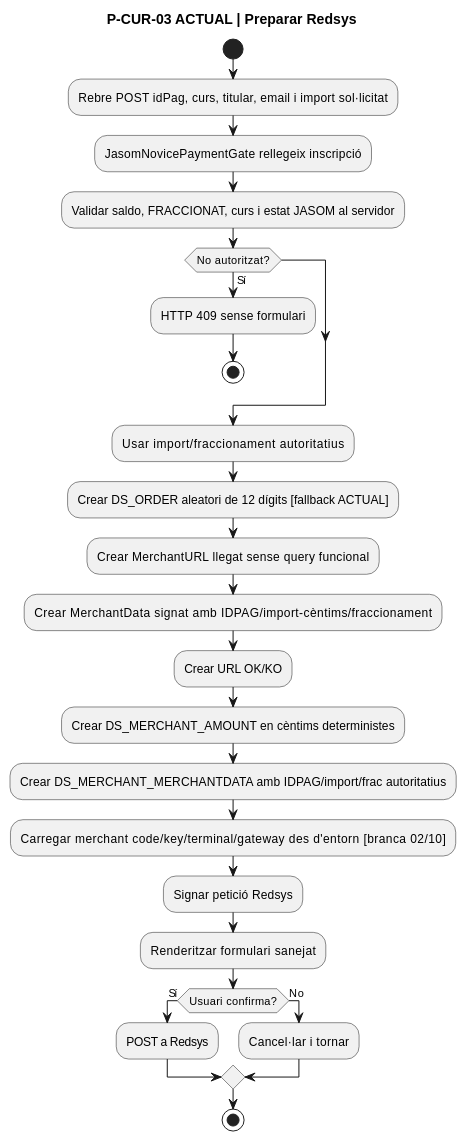
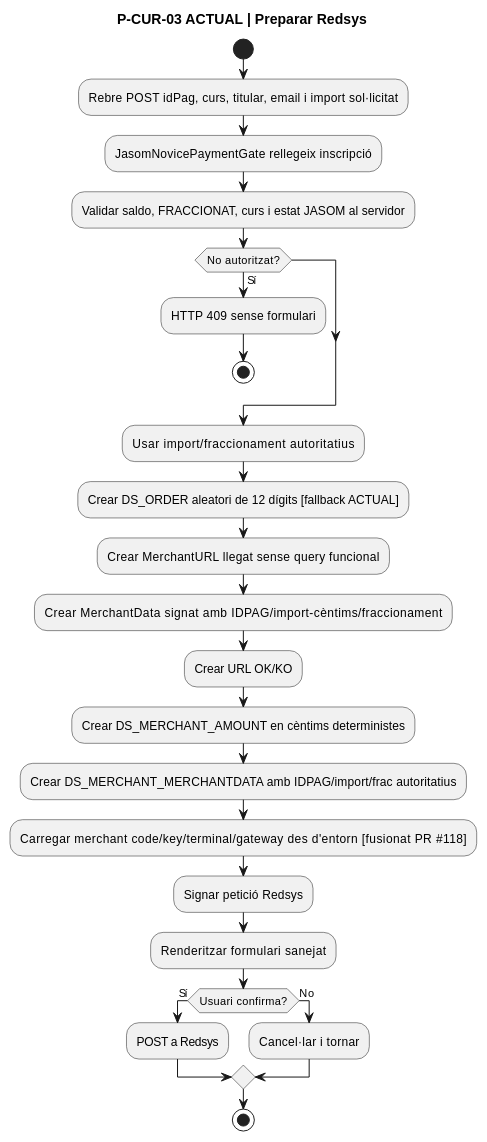
Before and after one commit to orgmeriemprismacat-del/verifactu: the fifth of 15 diagrams in documentacio/07-uml-integrat/uc-014-activitats-pagines-redsys-actual-final.md, drawn with PlantUML. The commit also changed other lines of this file, not shown here.

Commit message:
docs(UC-014): reconciliar estat fusionat i CI post-merge

````diff
--- a/documentacio/07-uml-integrat/uc-014-activitats-pagines-redsys-actual-final.md
+++ b/documentacio/07-uml-integrat/uc-014-activitats-pagines-redsys-actual-final.md
@@ -125,29 +125,29 @@
 ```plantuml
 @startuml
 title P-CUR-03 ACTUAL | Preparar Redsys
 start
 :Rebre POST idPag, curs, titular, email i import sol·licitat;
 :JasomNovicePaymentGate rellegeix inscripció;
 :Validar saldo, FRACCIONAT, curs i estat JASOM al servidor;
 if (No autoritzat?) then (Sí)
   :HTTP 409 sense formulari;
   stop
 endif
 :Usar import/fraccionament autoritatius;
 :Crear DS_ORDER aleatori de 12 dígits [fallback ACTUAL];
 :Crear MerchantURL llegat sense query funcional;
 :Crear MerchantData signat amb IDPAG/import-cèntims/fraccionament;
 :Crear URL OK/KO;
 :Crear DS_MERCHANT_AMOUNT en cèntims deterministes;
 :Crear DS_MERCHANT_MERCHANTDATA amb IDPAG/import/frac autoritatius;
-:Carregar merchant code/key/terminal/gateway des d'entorn [branca 02/10];
+:Carregar merchant code/key/terminal/gateway des d'entorn [fusionat PR #118];
 :Signar petició Redsys;
 :Renderitzar formulari sanejat;
 if (Usuari confirma?) then (Sí)
   :POST a Redsys;
 else (No)
   :Cancel·lar i tornar;
 endif
 stop
 @enduml
 ```
````
